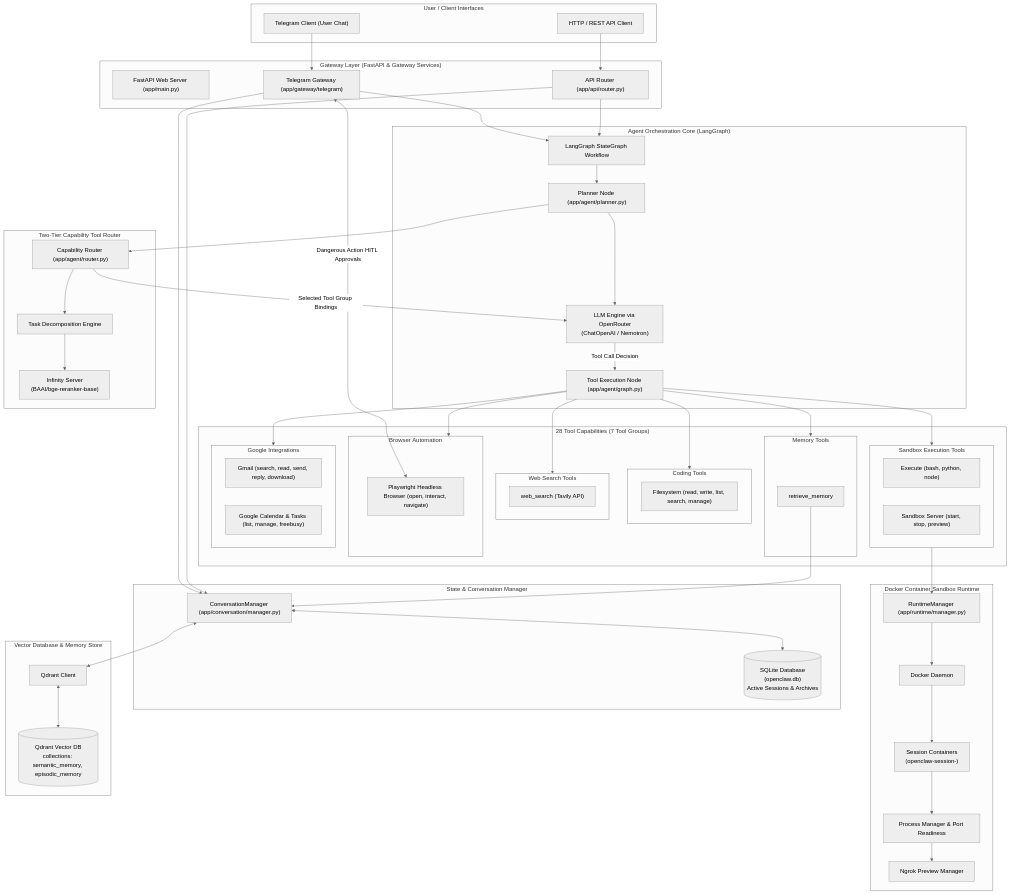
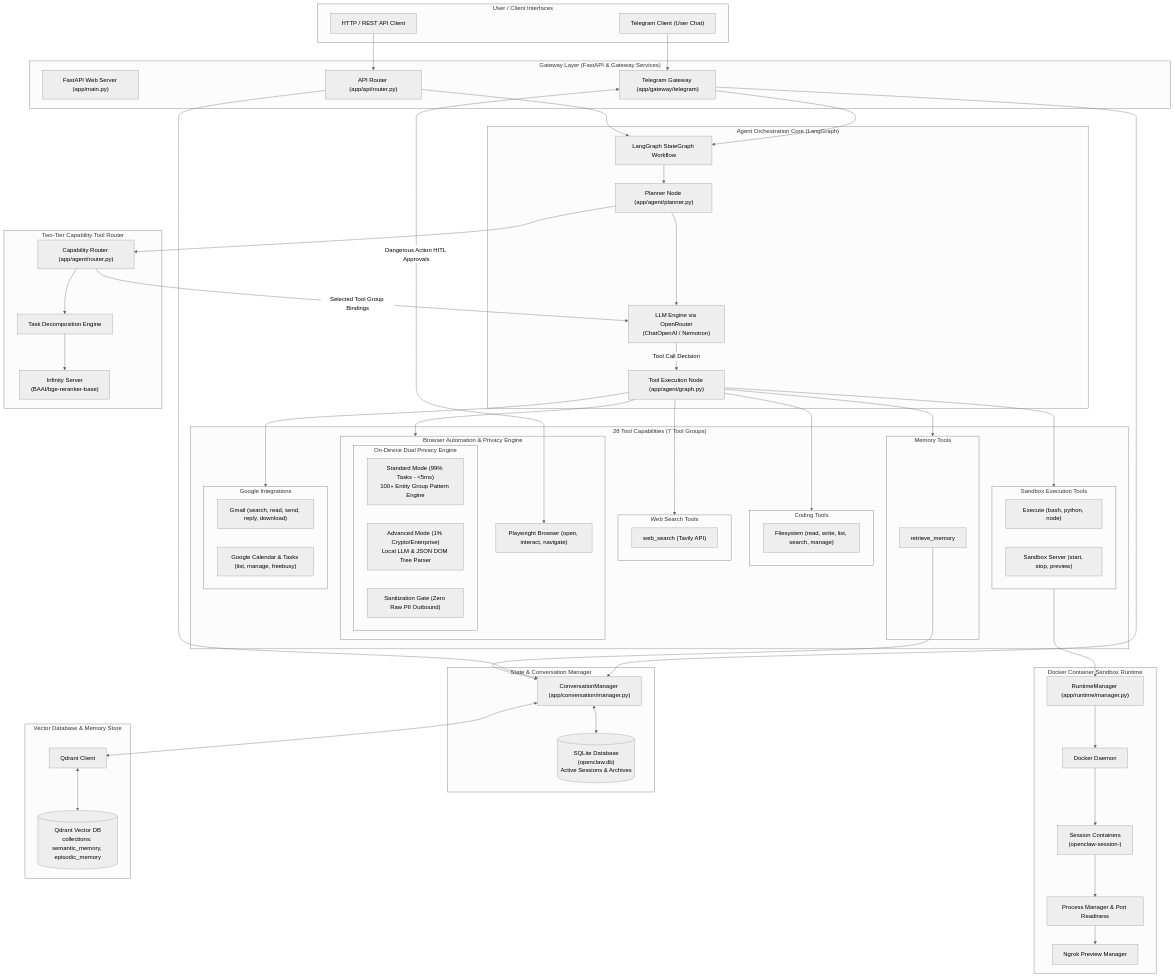
Before and after one commit to prince7z/AgentAether: the diagram in mermaid.mmd, drawn with Mermaid (neutral theme). The commit also changed 11 other files, not shown here.

```diff
--- a/mermaid.mmd
+++ b/mermaid.mmd
@@ -1,101 +1,107 @@
 graph TD
     subgraph Client_Interfaces["User / Client Interfaces"]
         TG["Telegram Client (User Chat)"]
         API_Client["HTTP / REST API Client"]
     end
 
     subgraph Entry_Gateway["Gateway Layer (FastAPI & Gateway Services)"]
         FastAPI["FastAPI Web Server (app/main.py)"]
         TG_Gate["Telegram Gateway (app/gateway/telegram)"]
         Router_API["API Router (app/api/router.py)"]
     end
 
     subgraph Memory_Context["State & Conversation Manager"]
         Conv_Mgr["ConversationManager (app/conversation/manager.py)"]
         SQLite_DB[("SQLite Database\n(openclaw.db)\nActive Sessions & Archives")]
     end
 
     subgraph Agent_Core["Agent Orchestration Core (LangGraph)"]
         StateGraph["LangGraph StateGraph Workflow"]
         PlannerNode["Planner Node (app/agent/planner.py)"]
         ToolsNode["Tool Execution Node (app/agent/graph.py)"]
         LLM["LLM Engine via OpenRouter\n(ChatOpenAI / Nemotron)"]
     end
 
     subgraph Router_Tier["Two-Tier Capability Tool Router"]
         CapRouter["Capability Router (app/agent/router.py)"]
         TaskDecomp["Task Decomposition Engine"]
         InfinityRerank["Infinity Server\n(BAAI/bge-reranker-base)"]
     end
 
     subgraph Tool_Capabilities["28 Tool Capabilities (7 Tool Groups)"]
         subgraph Group_Coding["Coding Tools"]
             FS_Tools["Filesystem (read, write, list, search, manage)"]
         end
         subgraph Group_Sandbox["Sandbox Execution Tools"]
             Exec_Tools["Execute (bash, python, node)"]
             Server_Tools["Sandbox Server (start, stop, preview)"]
         end
         subgraph Group_Memory["Memory Tools"]
             Mem_Tool["retrieve_memory"]
         end
         subgraph Group_Web["Web Search Tools"]
             Web_Tool["web_search (Tavily API)"]
         end
-        subgraph Group_Browser["Browser Automation"]
-            Playwright_Tools["Playwright Headless Browser (open, interact, navigate)"]
+        subgraph Group_Browser["Browser Automation & Privacy Engine"]
+            Playwright_Tools["Playwright Browser (open, interact, navigate)"]
+            
+            subgraph Dual_Privacy["On-Device Dual Privacy Engine"]
+                StandardMode["Standard Mode (99% Tasks - <5ms)<br/>100+ Entity Group Pattern Engine"]
+                AdvancedMode["Advanced Mode (1% Crypto/Enterprise)<br/>Local LLM & JSON DOM Tree Parser"]
+                SanitizedGate["Sanitization Gate (Zero Raw PII Outbound)"]
+            end
         end
         subgraph Group_Google["Google Integrations"]
             Gmail_Tools["Gmail (search, read, send, reply, download)"]
             Cal_Tools["Google Calendar & Tasks (list, manage, freebusy)"]
         end
     end
 
     subgraph Runtime_Sandbox["Docker Container Sandbox Runtime"]
         RunMgr["RuntimeManager (app/runtime/manager.py)"]
         DockerEngine["Docker Daemon"]
         Containers["Session Containers\n(openclaw-session-<chat_id>)"]
         ProcMgr["Process Manager & Port Readiness"]
         NgrokTunnel["Ngrok Preview Manager"]
     end
 
     subgraph Vector_Memory["Vector Database & Memory Store"]
         Qdrant_Client["Qdrant Client"]
         Qdrant_DB[("Qdrant Vector DB\ncollections: semantic_memory, episodic_memory")]
     end
 
     TG --> TG_Gate
     API_Client --> Router_API
     TG_Gate --> Conv_Mgr
     Router_API --> Conv_Mgr
     Conv_Mgr <--> SQLite_DB
 
     TG_Gate --> StateGraph
     Router_API --> StateGraph
     StateGraph --> PlannerNode
 
     PlannerNode --> CapRouter
     CapRouter --> TaskDecomp
     TaskDecomp --> InfinityRerank
     CapRouter -- "Selected Tool Group Bindings" --> LLM
     PlannerNode --> LLM
     LLM -- "Tool Call Decision" --> ToolsNode
 
     ToolsNode --> Group_Coding
     ToolsNode --> Group_Sandbox
     ToolsNode --> Group_Memory
     ToolsNode --> Group_Web
     ToolsNode --> Group_Browser
     ToolsNode --> Group_Google
 
     Group_Sandbox --> RunMgr
     RunMgr --> DockerEngine
     DockerEngine --> Containers
     Containers --> ProcMgr
     ProcMgr --> NgrokTunnel
 
     Mem_Tool --> Conv_Mgr
     Conv_Mgr <--> Qdrant_Client
     Qdrant_Client <--> Qdrant_DB
 
     TG_Gate -- "Dangerous Action HITL Approvals" <--> Playwright_Tools
```
